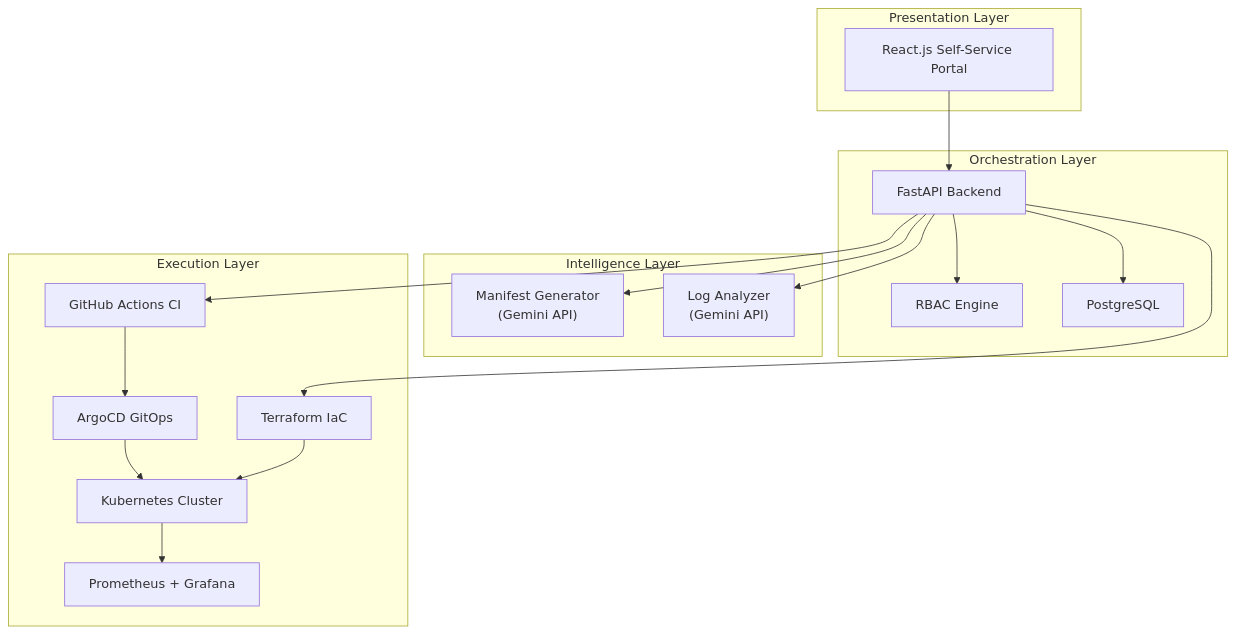
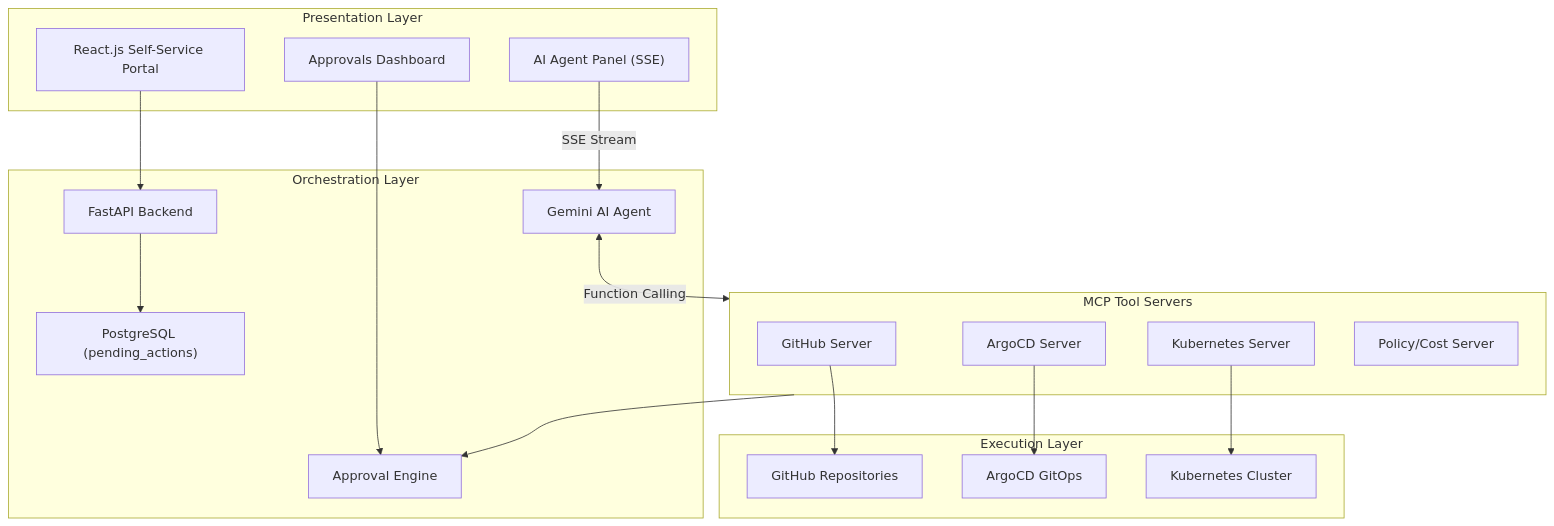
Before and after one commit to Helly121/IDP: the diagram in README.md, drawn with Mermaid. The commit also changed other lines of this file, not shown here.

Commit message:
README addition of MCP info

````diff
--- a/README.md
+++ b/README.md
@@ -7,37 +9,40 @@
 ```mermaid
 graph TB
     subgraph Presentation["Presentation Layer"]
         UI["React.js Self-Service Portal"]
+        AP["AI Agent Panel (SSE)"]
+        AD["Approvals Dashboard"]
     end
 
     subgraph Orchestration["Orchestration Layer"]
         API["FastAPI Backend"]
-        RBAC["RBAC Engine"]
-        DB["PostgreSQL"]
+        AGENT["Gemini AI Agent"]
+        HITL["Approval Engine"]
+        DB["PostgreSQL (pending_actions)"]
     end
 
-    subgraph Intelligence["Intelligence Layer"]
-        AI_MG["Manifest Generator<br/>(Gemini API)"]
-        AI_LA["Log Analyzer<br/>(Gemini API)"]
+    subgraph MCP["MCP Tool Servers"]
+        MCP_GH["GitHub Server"]
+        MCP_K8S["Kubernetes Server"]
+        MCP_ARGO["ArgoCD Server"]
+        MCP_POL["Policy/Cost Server"]
     end
 
     subgraph Execution["Execution Layer"]
-        GH["GitHub Actions CI"]
-        TF["Terraform IaC"]
+        GH["GitHub Repositories"]
         ARGO["ArgoCD GitOps"]
         K8S["Kubernetes Cluster"]
-        MON["Prometheus + Grafana"]
     end
 
     UI --> API
-    API --> RBAC
+    AP -- "SSE Stream" --> AGENT
+    AD --> HITL
     API --> DB
-    API --> AI_MG
-    API --> AI_LA
-    API --> GH
-    API --> TF
-    ARGO --> K8S
-    GH --> ARGO
-    TF --> K8S
-    K8S --> MON
+    
+    AGENT <--> |"Function Calling"| MCP
+    MCP --> HITL
+    
+    MCP_GH --> GH
+    MCP_K8S --> K8S
+    MCP_ARGO --> ARGO
 ```
````
